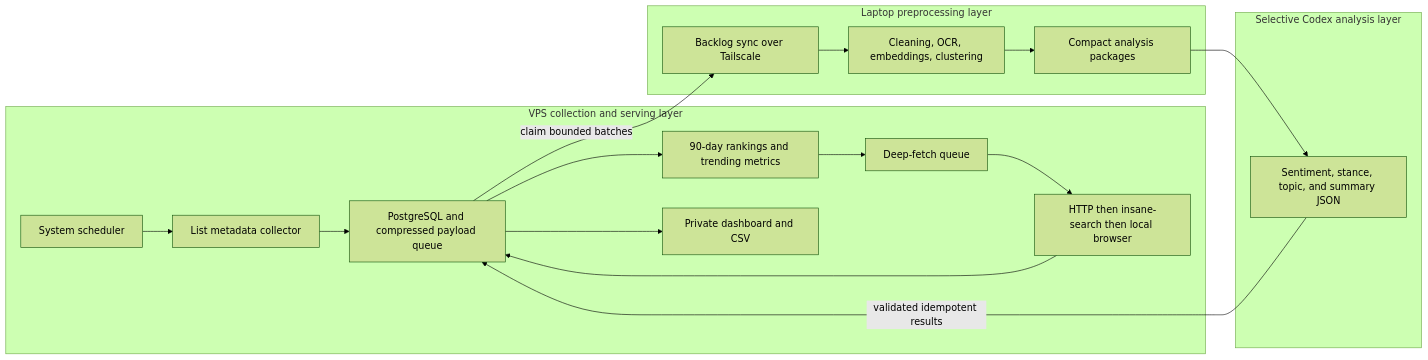
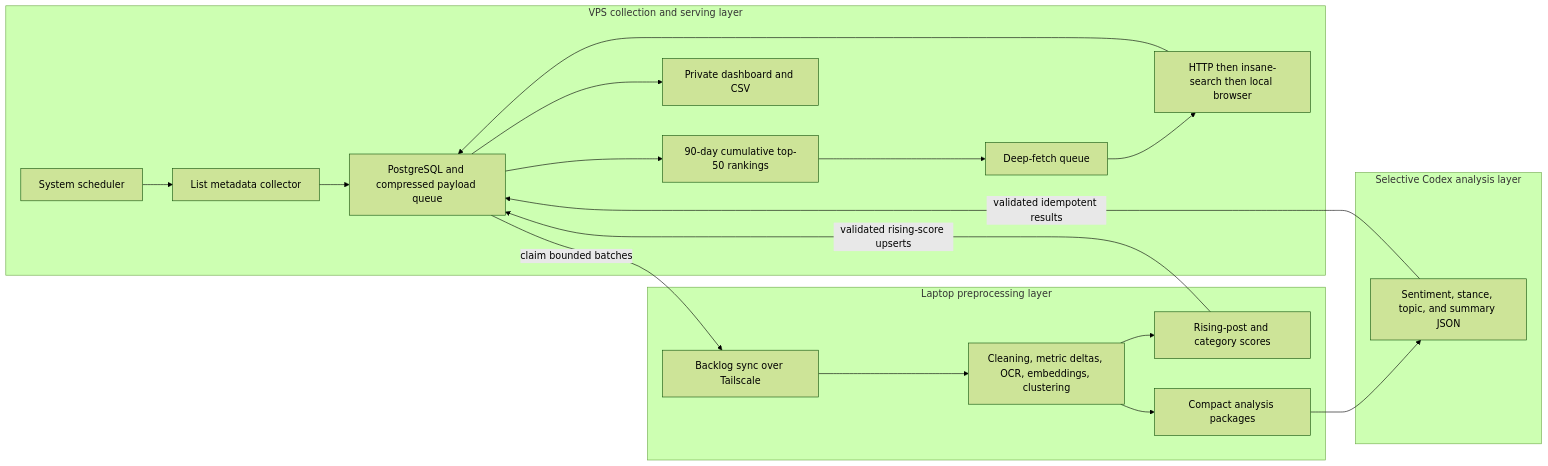
Before and after one commit to seokbeomkong/maplestory-community-listening: the diagram in docs/superpowers/specs/2026-07-14-maple-inven-monitoring-design.md, drawn with Mermaid (forest theme). The commit also changed other lines of this file, not shown here.

````diff
--- a/docs/superpowers/specs/2026-07-14-maple-inven-monitoring-design.md
+++ b/docs/superpowers/specs/2026-07-14-maple-inven-monitoring-design.md
@@ -111,24 +112,26 @@
 ```mermaid
 flowchart LR
     subgraph VPS["VPS collection and serving layer"]
         A[System scheduler] --> B[List metadata collector]
         B --> C[PostgreSQL and compressed payload queue]
-        C --> D[90-day rankings and trending metrics]
+        C --> D[90-day cumulative top-50 rankings]
         D --> E[Deep-fetch queue]
         E --> F[HTTP then insane-search then local browser]
         F --> C
         C --> K[Private dashboard and CSV]
     end
 
     subgraph LOCAL["Laptop preprocessing layer"]
-        G[Backlog sync over Tailscale] --> H[Cleaning, OCR, embeddings, clustering]
+        G[Backlog sync over Tailscale] --> H[Cleaning, metric deltas, OCR, embeddings, clustering]
+        H --> R[Rising-post and category scores]
         H --> I[Compact analysis packages]
     end
 
     subgraph CODEX["Selective Codex analysis layer"]
         I --> J[Sentiment, stance, topic, and summary JSON]
     end
 
     C -->|claim bounded batches| G
+    R -->|validated rising-score upserts| C
     J -->|validated idempotent results| C
 ```
````
